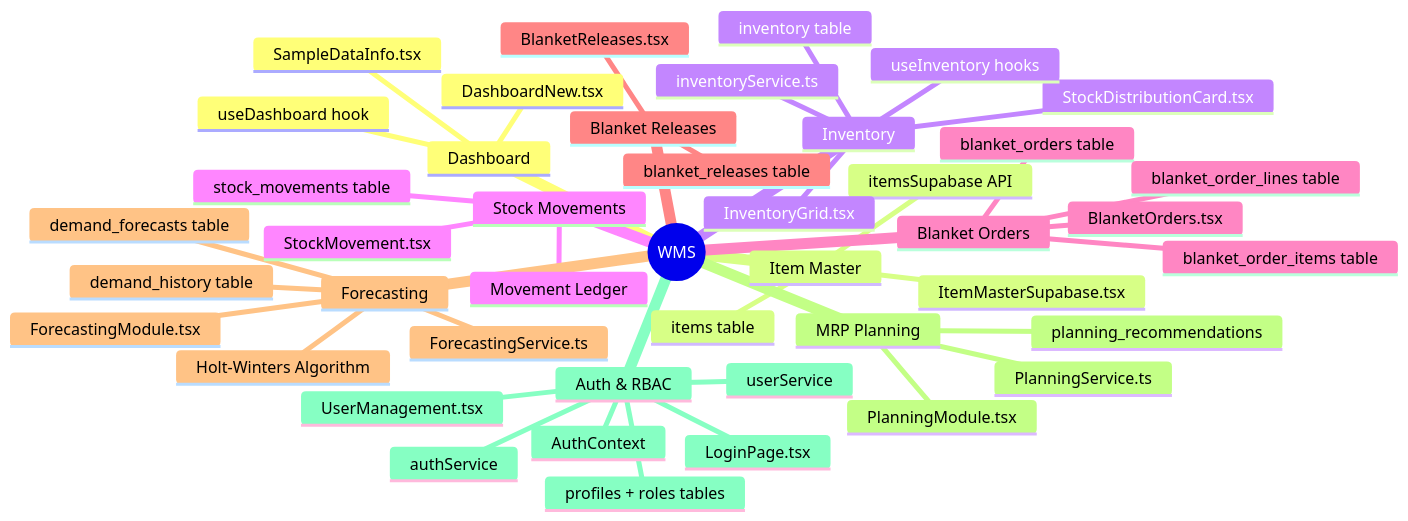
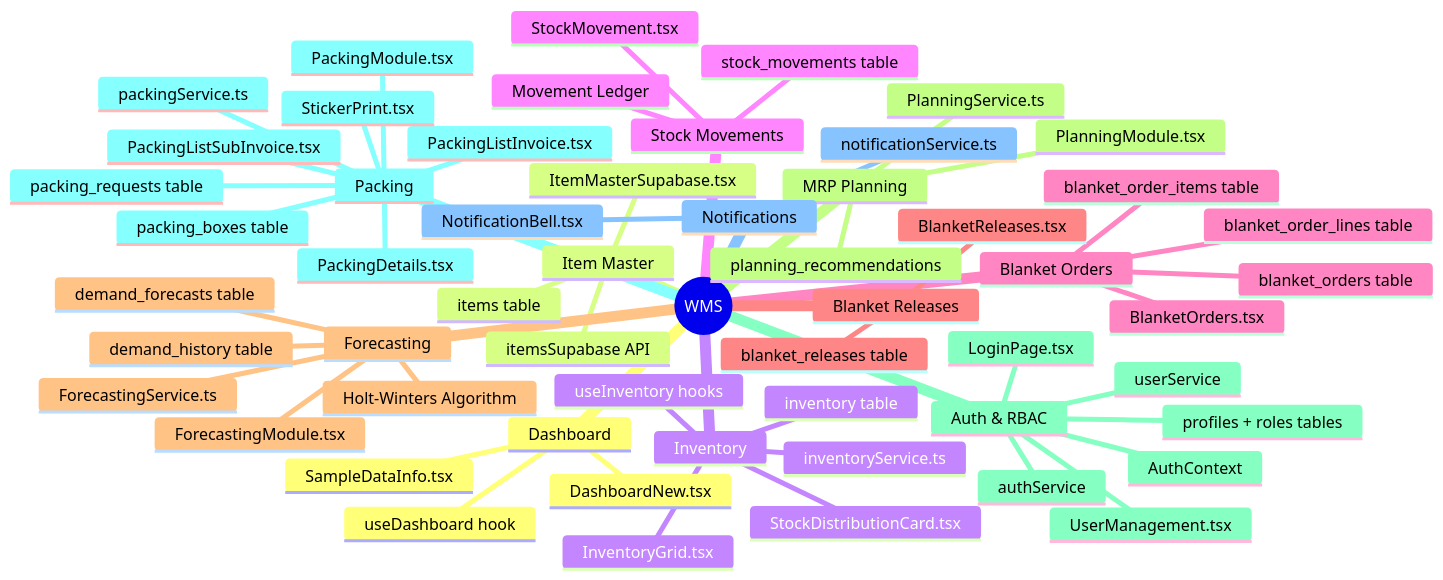
The diagram in docs/architecture/09-MODULE-BREAKDOWN.md (AutoCrat-Engineers/WarehouseManagementSystem), drawn with Mermaid before and after one commit. The commit also changed other lines of this file and 16 other files, not shown here.

Commit message:
docs(v0.3.2): update README, architecture docs with Packing Module, Notifications, and version bump

````diff
--- a/docs/architecture/09-MODULE-BREAKDOWN.md
+++ b/docs/architecture/09-MODULE-BREAKDOWN.md
@@ -9,47 +9,59 @@
 ```mermaid
 mindmap
   root((WMS))
     Dashboard
       DashboardNew.tsx
       useDashboard hook
       SampleDataInfo.tsx
     Item Master
       ItemMasterSupabase.tsx
       itemsSupabase API
       items table
     Inventory
       InventoryGrid.tsx
       StockDistributionCard.tsx
       useInventory hooks
       inventoryService.ts
       inventory table
     Stock Movements
       StockMovement.tsx
       stock_movements table
       Movement Ledger
     Blanket Orders
       BlanketOrders.tsx
       blanket_orders table
       blanket_order_lines table
       blanket_order_items table
     Blanket Releases
       BlanketReleases.tsx
       blanket_releases table
     Forecasting
       ForecastingModule.tsx
       ForecastingService.ts
       demand_history table
       demand_forecasts table
       Holt-Winters Algorithm
     MRP Planning
       PlanningModule.tsx
       PlanningService.ts
       planning_recommendations
     Auth & RBAC
       LoginPage.tsx
       UserManagement.tsx
       AuthContext
       authService
       userService
       profiles + roles tables
+    Packing
+      PackingModule.tsx
+      PackingDetails.tsx
+      PackingListInvoice.tsx
+      PackingListSubInvoice.tsx
+      StickerPrint.tsx
+      packingService.ts
+      packing_requests table
+      packing_boxes table
+    Notifications
+      NotificationBell.tsx
+      notificationService.ts
 ```
````
